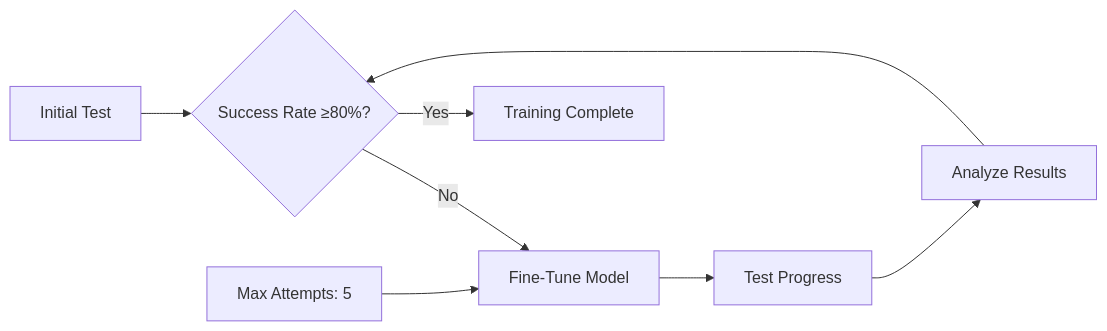
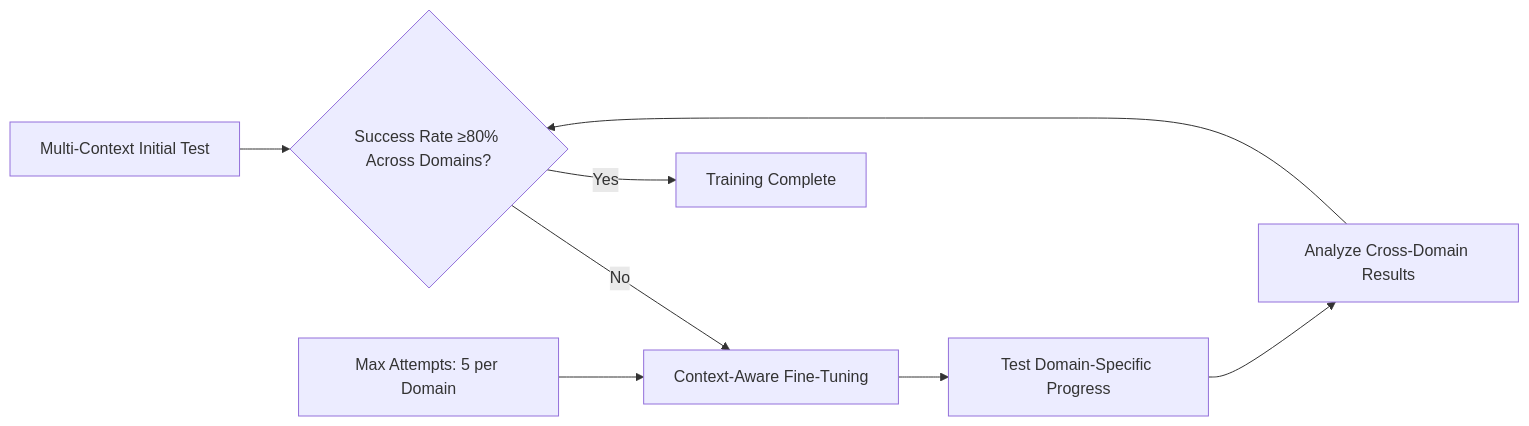
The eighth of 12 diagrams in README.md (Psilocybin2K/qwen-rl), drawn with Mermaid before and after one commit. The commit also changed other lines of this file, not shown here.

````diff
--- a/README.md
+++ b/README.md
@@ -406,11 +429,11 @@
 ```mermaid
 flowchart LR
-    A[Initial Test] --> B{Success Rate ≥80%?}
-    B -->|No| C[Fine-Tune Model]
-    C --> D[Test Progress]
-    D --> E[Analyze Results]
+    A[Multi-Context Initial Test] --> B{Success Rate ≥80% Across Domains?}
+    B -->|No| C[Context-Aware Fine-Tuning]
+    C --> D[Test Domain-Specific Progress]
+    D --> E[Analyze Cross-Domain Results]
     E --> B
     B -->|Yes| F[Training Complete]
     
-    G[Max Attempts: 5] --> C
+    G[Max Attempts: 5 per Domain] --> C
 ```
````
